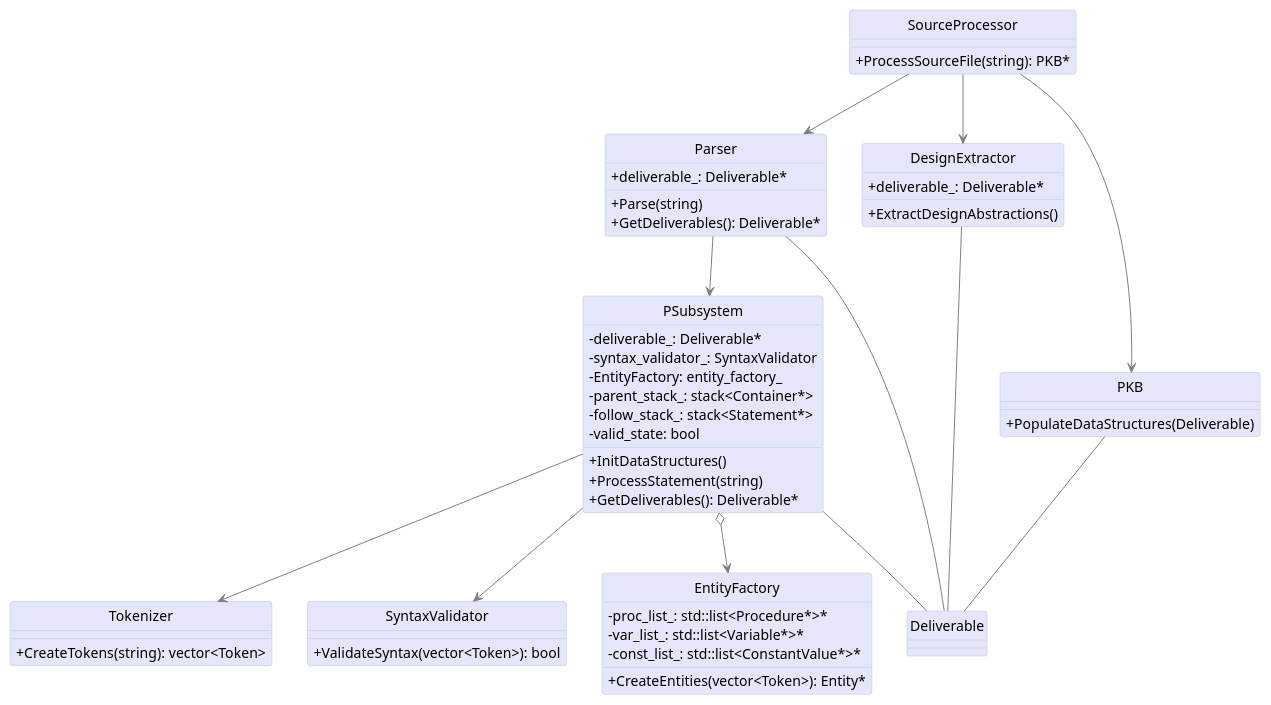
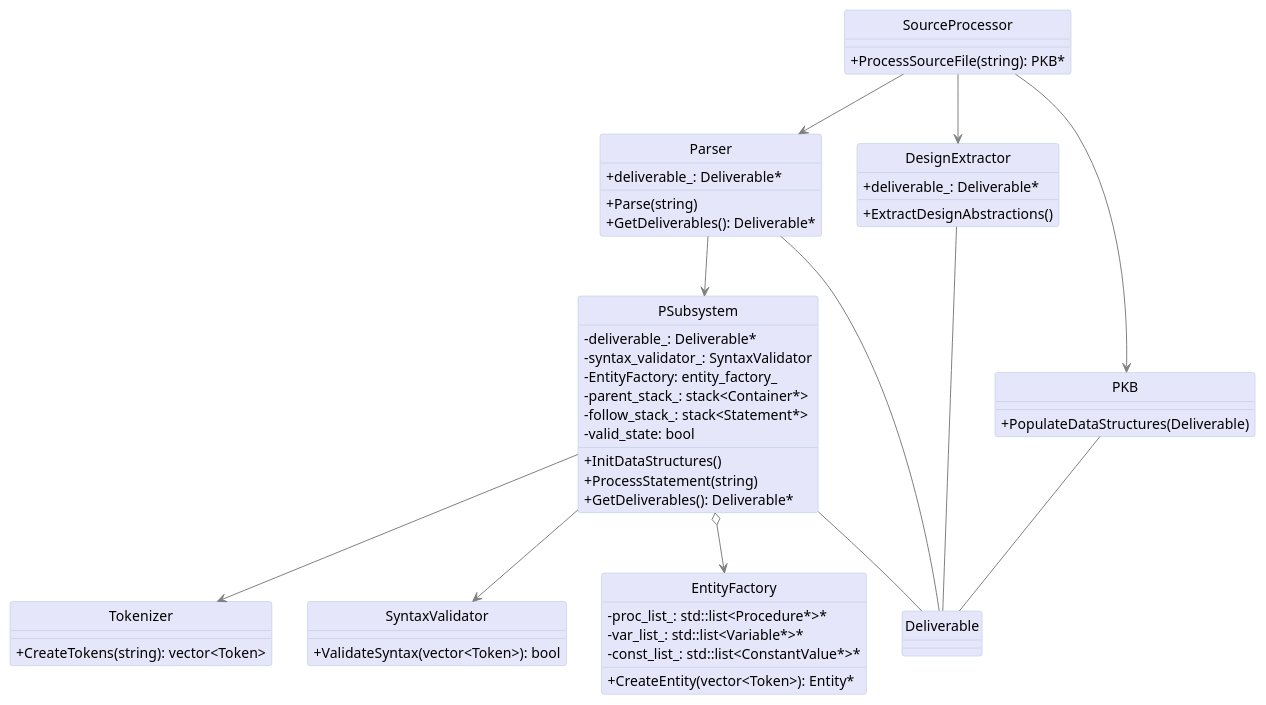
Before and after one commit to rtshkmr/CS3203-StaticProgramAnalyzer: the diagram in docs/cd/FrontendWithDeliverable.puml, drawn with PlantUML. The commit also changed 14 other files, not shown here.

```diff
--- a/docs/cd/FrontendWithDeliverable.puml
+++ b/docs/cd/FrontendWithDeliverable.puml
@@ -1,79 +1,79 @@
 @startuml fe
     skinparam class {
         BackgroundColor lavender
         BorderColor lightsteelblue
         ArrowColor gray
     }
     skinparam classAttributeIconSize 0
     skinparam shadowing false
     hide circle
 
     class Deliverable {
     }
 
     class PKB {
         +PopulateDataStructures(Deliverable)
     }
 
     class SourceProcessor {
         +ProcessSourceFile(string): PKB*
     }
 
     class Parser {
         +deliverable_: Deliverable*
 
         +Parse(string)
         +GetDeliverables(): Deliverable*
     }
 
     class DesignExtractor {
         +deliverable_: Deliverable*
 
         +ExtractDesignAbstractions()
     }
 
     class PSubsystem {
         -deliverable_: Deliverable*
         -syntax_validator_: SyntaxValidator
         -EntityFactory: entity_factory_
         -parent_stack_: stack<Container*>
         -follow_stack_: stack<Statement*>
         -valid_state: bool
 
         +InitDataStructures()
         +ProcessStatement(string)
         +GetDeliverables(): Deliverable*
     }
 
     class Tokenizer {
         +CreateTokens(string): vector<Token>
     }
 
     class SyntaxValidator {
         +ValidateSyntax(vector<Token>): bool
     }
 
     class EntityFactory {
         -proc_list_: std::list<Procedure*>*
         -var_list_: std::list<Variable*>*
         -const_list_: std::list<ConstantValue*>*
 
-        +CreateEntities(vector<Token>): Entity*
+        +CreateEntity(vector<Token>): Entity*
     }
 
     SourceProcessor --> Parser
     SourceProcessor --> DesignExtractor
     SourceProcessor --> PKB
 
     Parser --> PSubsystem
 
     PSubsystem --> Tokenizer
     PSubsystem --> SyntaxValidator
     PSubsystem o--> EntityFactory
 
     PKB -- Deliverable
     PSubsystem -- Deliverable
     Parser -- Deliverable
     DesignExtractor -- Deliverable
 
 @enduml
```
